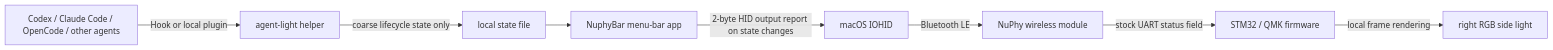
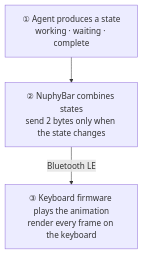
The diagram in README.en.md (itsmaiGe/NuphyBar), drawn with Mermaid before and after one commit. The commit also changed other lines of this file and 1 other file, not shown here.

Commit message:
docs: simplify the architecture overview

````diff
--- a/README.en.md
+++ b/README.en.md
@@ -72,10 +74,8 @@
 ```mermaid
-flowchart LR
-    A["Codex / Claude Code / OpenCode / other agents"] -->|Hook or local plugin| B["agent-light helper"]
-    B -->|coarse lifecycle state only| C["local state file"]
-    C --> D["NuphyBar menu-bar app"]
-    D -->|2-byte HID output report on state changes| E["macOS IOHID"]
-    E -->|Bluetooth LE| F["NuPhy wireless module"]
-    F -->|stock UART status field| G["STM32 / QMK firmware"]
-    G -->|local frame rendering| H["right RGB side light"]
+flowchart TB
+    A["① Agent produces a state<br/>working · waiting · complete"]
+    B["② NuphyBar combines states<br/>send 2 bytes only when the state changes"]
+    C["③ Keyboard firmware plays the animation<br/>render every frame on the keyboard"]
+    A --> B
+    B -->|Bluetooth LE| C
 ```
````
